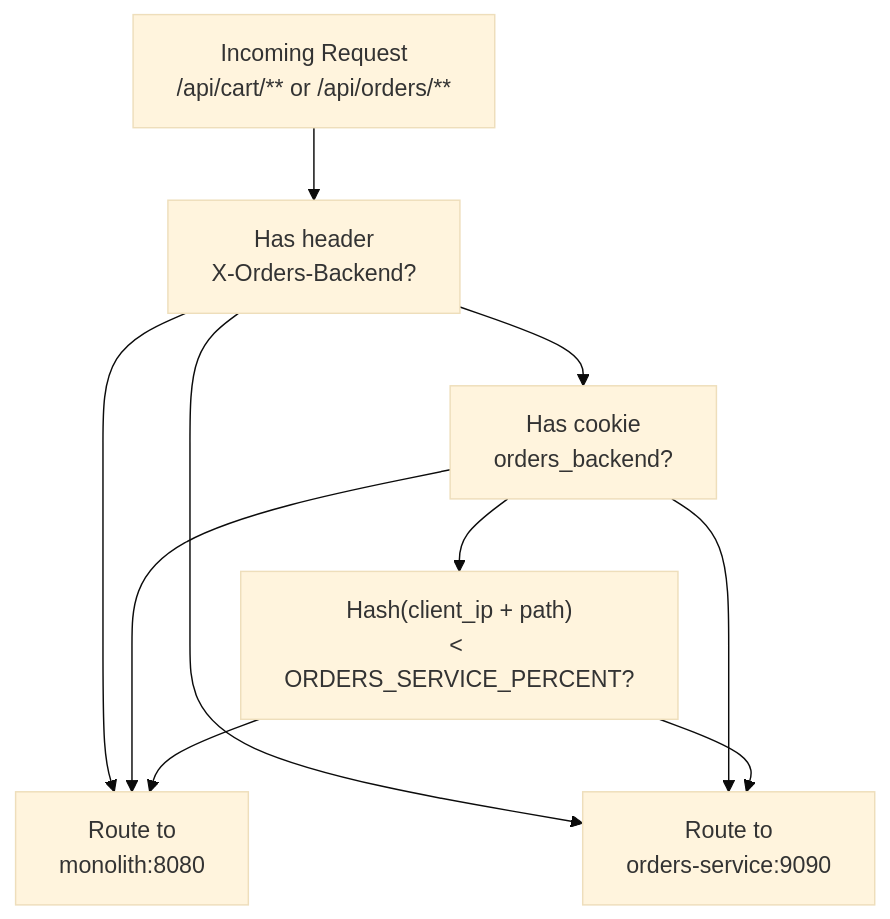
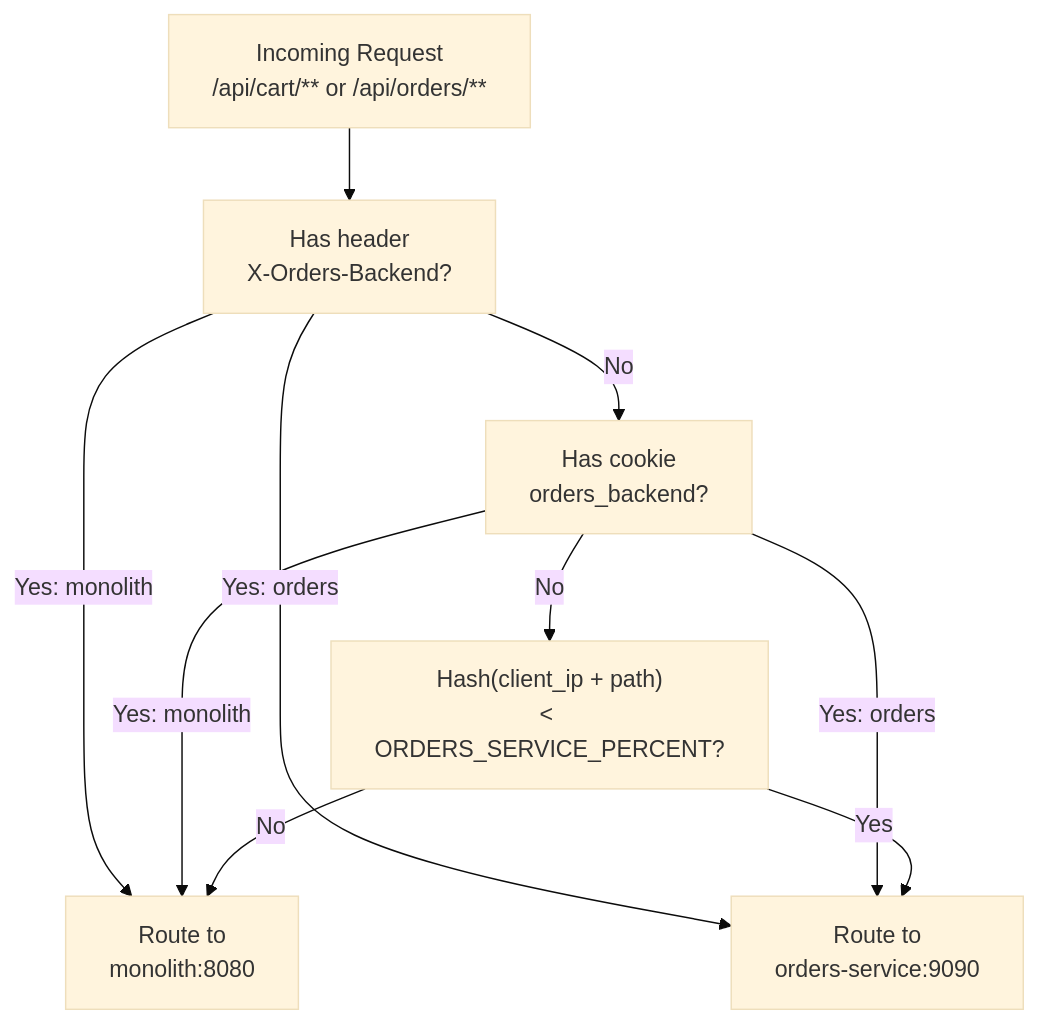
Before and after one commit to philipz/spring-modular-monolith: the third of 4 diagrams in docs/deepwiki/Traffic-Migration-Strategy.md, drawn with Mermaid (base theme). The commit also changed other lines of this file and 55 other files, not shown here.

````diff
--- a/docs/deepwiki/Traffic-Migration-Strategy.md
+++ b/docs/deepwiki/Traffic-Migration-Strategy.md
@@ -79,20 +79,20 @@
 ```mermaid
 flowchart TD
 
 Request["Incoming Request<br>/api/cart/** or /api/orders/**"]
 CheckHeader["Has header<br>X-Orders-Backend?"]
 CheckCookie["Has cookie<br>orders_backend?"]
 HashCheck["Hash(client_ip + path)<br>< ORDERS_SERVICE_PERCENT?"]
 Monolith["Route to<br>monolith:8080"]
 OrdersSvc["Route to<br>orders-service:9090"]
 
 Request --> CheckHeader
-CheckHeader --> Monolith
-CheckHeader --> OrdersSvc
-CheckHeader --> CheckCookie
-CheckCookie --> Monolith
-CheckCookie --> OrdersSvc
-CheckCookie --> HashCheck
-HashCheck --> OrdersSvc
-HashCheck --> Monolith
+CheckHeader -->|"Yes: monolith"| Monolith
+CheckHeader -->|"Yes: orders"| OrdersSvc
+CheckHeader -->|"No"| CheckCookie
+CheckCookie -->|"Yes: monolith"| Monolith
+CheckCookie -->|"Yes: orders"| OrdersSvc
+CheckCookie -->|"No"| HashCheck
+HashCheck -->|"Yes"| OrdersSvc
+HashCheck -->|"No"| Monolith
 ```
````
